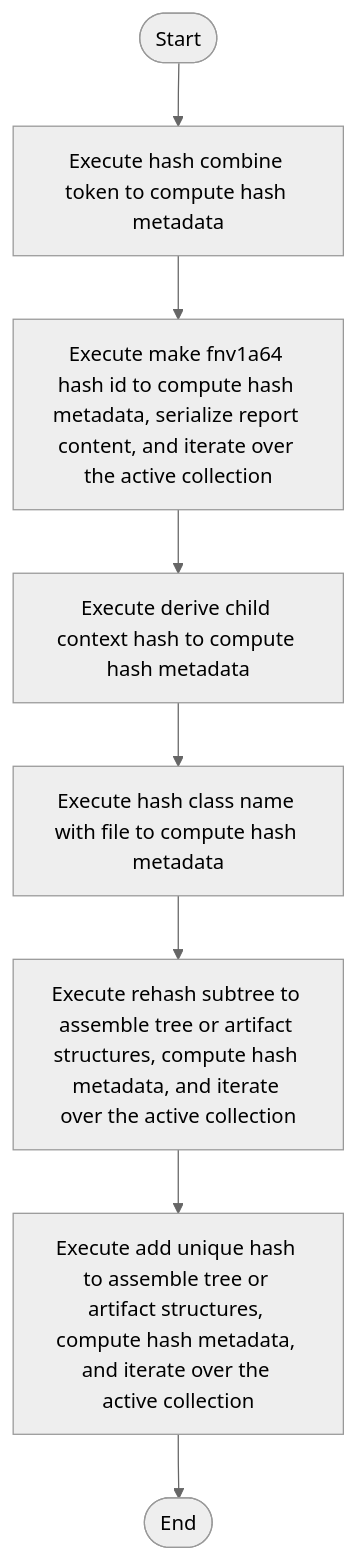
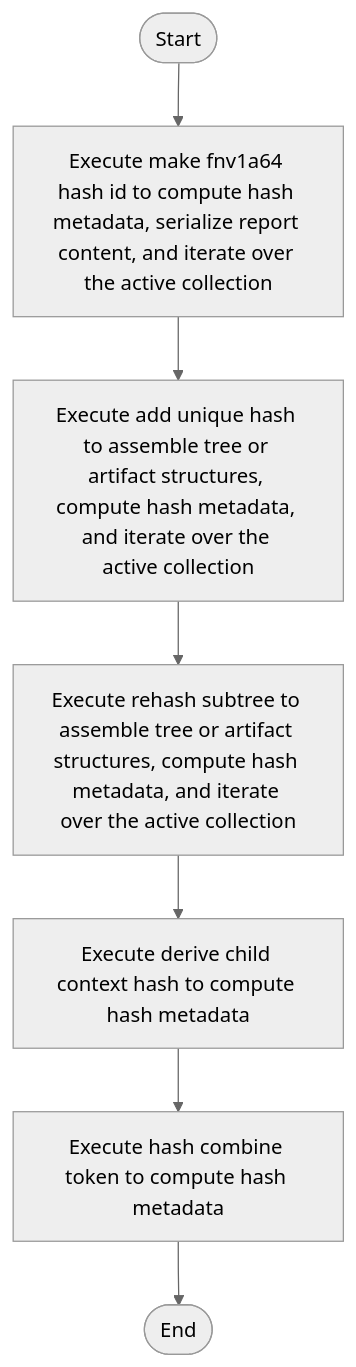
Before and after one commit to JohnAndrewBalbarosa/NeoTerritory: the diagram in docs/Codebase/Microservice/Modules/Source/SyntacticBrokenAST/ParseTree/Internal/hash.cpp.md, drawn with Mermaid (neutral theme). The commit also changed 148 other files, not shown here.

````diff
--- a/docs/Codebase/Microservice/Modules/Source/SyntacticBrokenAST/ParseTree/Internal/hash.cpp.md
+++ b/docs/Codebase/Microservice/Modules/Source/SyntacticBrokenAST/ParseTree/Internal/hash.cpp.md
@@ -33,18 +33,16 @@
 ```mermaid
 flowchart TD
     Start([Start])
-    N0[Execute hash combine token to compute hash metadata]
-    N1[Execute make fnv1a64 hash id to compute hash metadata, serialize report content, and iterate over the active collection]
-    N2[Execute derive child context hash to compute hash metadata]
-    N3[Execute hash class name with file to compute hash metadata]
-    N4[Execute rehash subtree to assemble tree or artifact structures, compute hash metadata, and iterate over the active collection]
-    N5[Execute add unique hash to assemble tree or artifact structures, compute hash metadata, and iterate over the active collection]
+    N0[Execute make fnv1a64 hash id to compute hash metadata, serialize report content, and iterate over the active collection]
+    N1[Execute add unique hash to assemble tree or artifact structures, compute hash metadata, and iterate over the active collection]
+    N2[Execute rehash subtree to assemble tree or artifact structures, compute hash metadata, and iterate over the active collection]
+    N3[Execute derive child context hash to compute hash metadata]
+    N4[Execute hash combine token to compute hash metadata]
     End([End])
     Start --> N0
     N0 --> N1
     N1 --> N2
     N2 --> N3
     N3 --> N4
-    N4 --> N5
-    N5 --> End
+    N4 --> End
 ```
````
